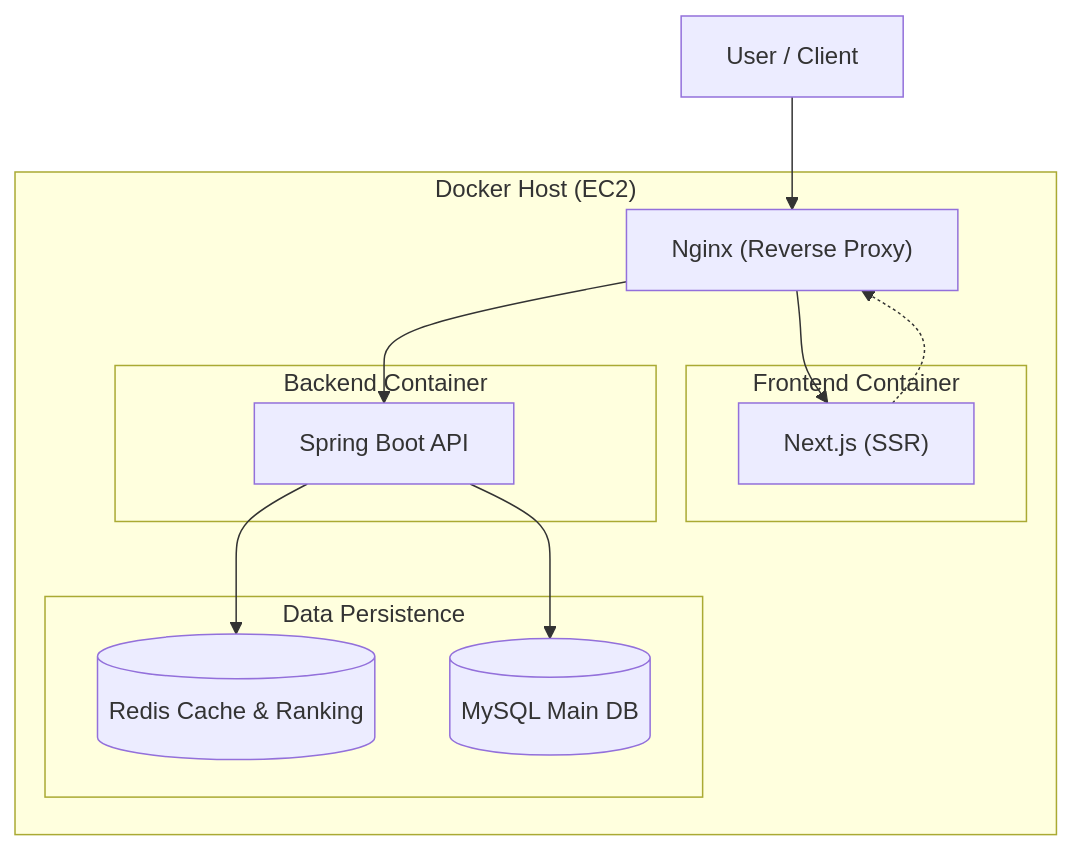
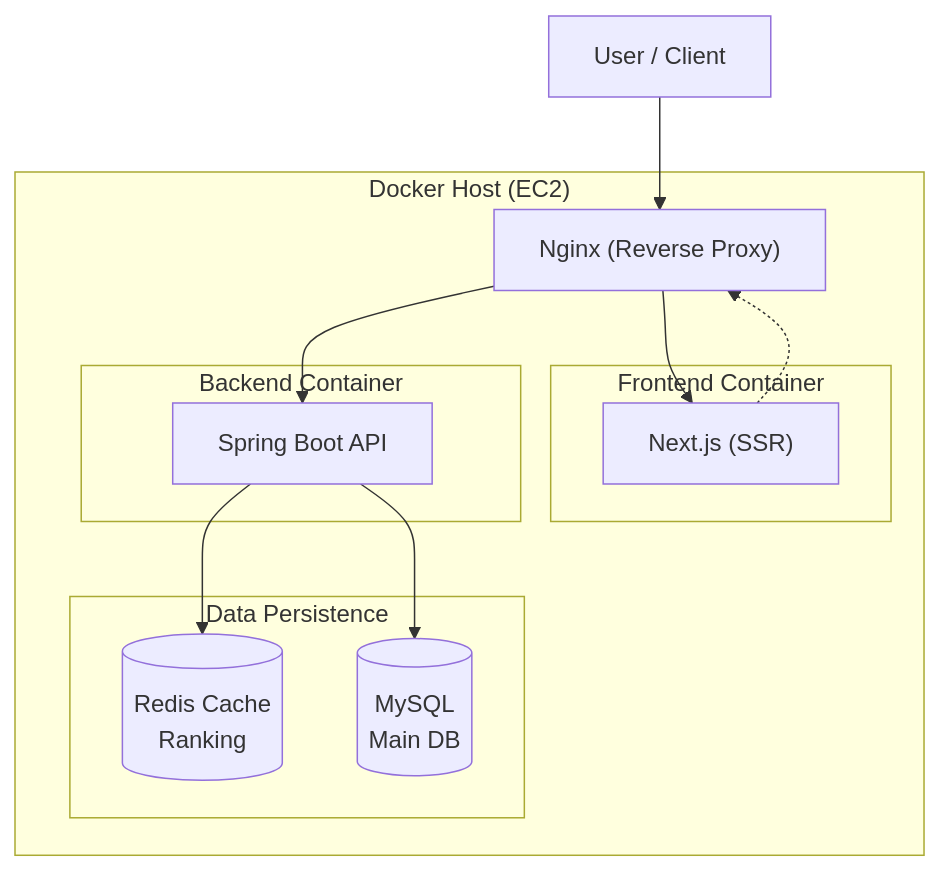
The second of 2 diagrams in PORTFOLIO.md (Hyunul/CBT), drawn with Mermaid before and after one commit.

````diff
--- a/PORTFOLIO.md
+++ b/PORTFOLIO.md
@@ -89,28 +89,28 @@
 ```mermaid
 graph TD
     User["User / Client"]
 
     subgraph "Docker Host (EC2)"
         Nginx["Nginx (Reverse Proxy)"]
 
         subgraph "Frontend Container"
             NextJS["Next.js (SSR)"]
         end
 
         subgraph "Backend Container"
             SpringBoot["Spring Boot API"]
         end
 
         subgraph "Data Persistence"
-            Redis[("Redis Cache & Ranking")]
-            MySQL[("MySQL Main DB")]
+            Redis[("Redis Cache<br>Ranking")]
+            MySQL[("MySQL<br>Main DB")]
         end
     end
 
     User --> Nginx
     Nginx --> NextJS
     Nginx --> SpringBoot
     SpringBoot --> Redis
     SpringBoot --> MySQL
     NextJS -.-> Nginx
 ```
````
